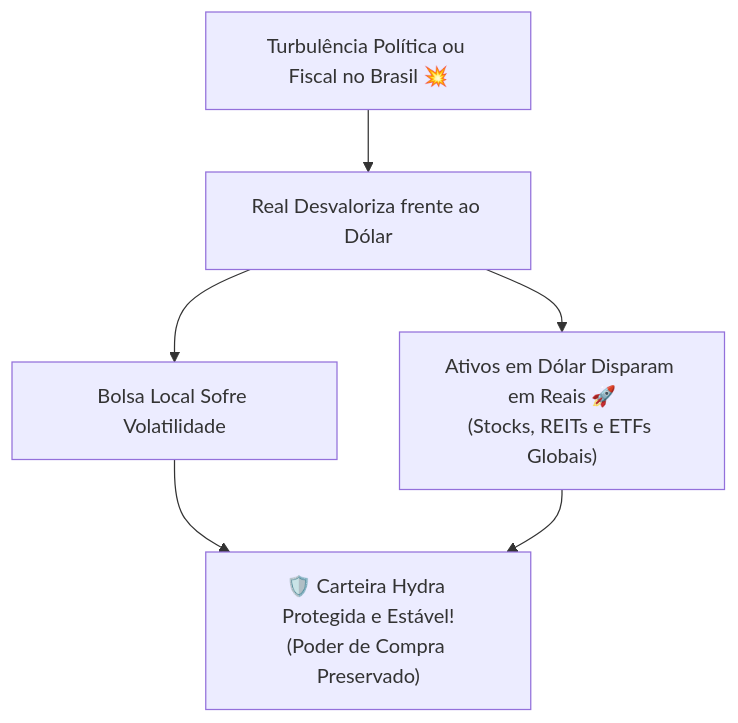
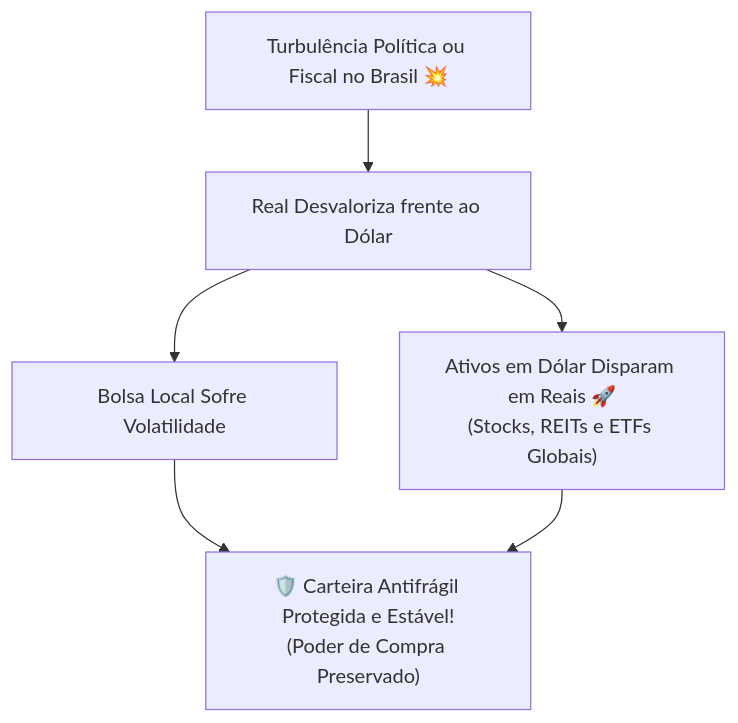
The diagram in src/data/academy/lessons/modulo-6/aula-6-1.md (Rickss100/Davi-Hidra), drawn with Mermaid before and after one commit. The commit also changed other lines of this file and 43 other files, not shown here.

````diff
--- a/src/data/academy/lessons/modulo-6/aula-6-1.md
+++ b/src/data/academy/lessons/modulo-6/aula-6-1.md
@@ -73,11 +73,11 @@
 ```mermaid
 flowchart TD
     CriseBrasil["Turbulência Política ou Fiscal no Brasil 💥"]
     
     CriseBrasil --> RealCai["Real Desvaloriza frente ao Dólar"]
     RealCai --> BolsaLocal["Bolsa Local Sofre Volatilidade"]
     
     RealCai --> DolarSobe["Ativos em Dólar Disparam em Reais 🚀<br/>(Stocks, REITs e ETFs Globais)"]
     
-    BolsaLocal & DolarSobe --> Equilibrio["🛡️ Carteira Hydra Protegida e Estável!<br/>(Poder de Compra Preservado)"]
+    BolsaLocal & DolarSobe --> Equilibrio["🛡️ Carteira Antifrágil Protegida e Estável!<br/>(Poder de Compra Preservado)"]
 ```
````
